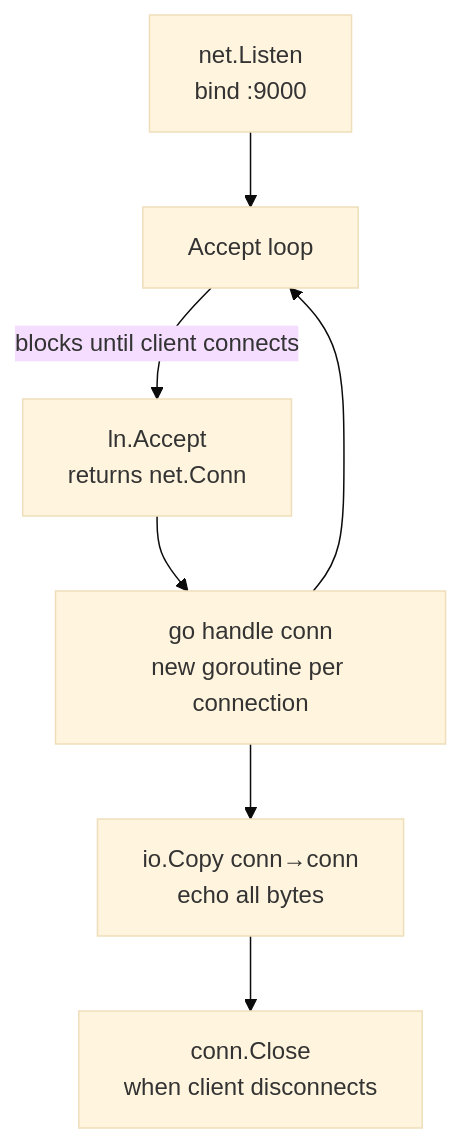
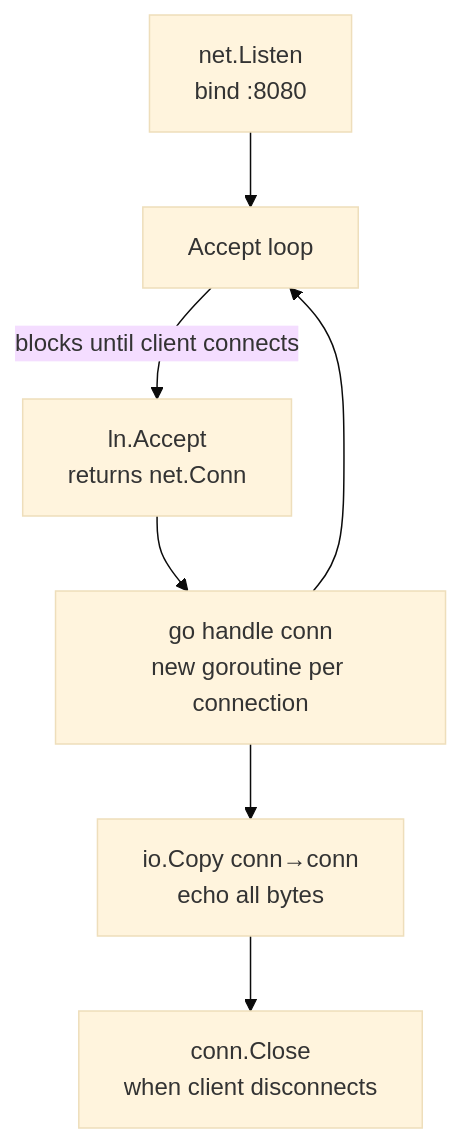
One commit to deepanshu-rawat6/tour-of-go changed the second of 5 diagrams in projects/from-scratch/01-tcp-server/docs/deep-dive.md. Above: the diagram before and after it, drawn with Mermaid (base theme). The commit also changed 3 other files, not shown here.

````diff
--- a/projects/from-scratch/01-tcp-server/docs/deep-dive.md
+++ b/projects/from-scratch/01-tcp-server/docs/deep-dive.md
@@ -26,9 +26,9 @@
 ```mermaid
 graph TD
-    BIND[net.Listen\nbind :9000] --> LOOP[Accept loop]
+    BIND[net.Listen\nbind :8080] --> LOOP[Accept loop]
     LOOP -->|blocks until client connects| ACCEPT[ln.Accept\nreturns net.Conn]
     ACCEPT --> GOROUTINE[go handle conn\nnew goroutine per connection]
     GOROUTINE --> LOOP
     GOROUTINE --> ECHO[io.Copy conn→conn\necho all bytes]
     ECHO --> CLOSE[conn.Close\nwhen client disconnects]
 ```
````
